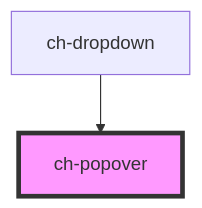
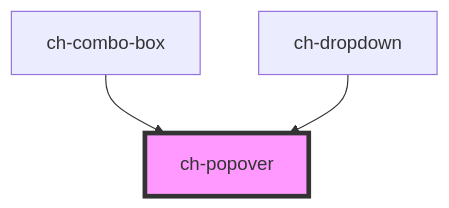
The diagram in src/components/popover/readme.md (genexuslabs/chameleon-controls-library), drawn with Mermaid before and after one commit. The commit also changed other lines of this file and 6 other files, not shown here.

````diff
--- a/src/components/popover/readme.md
+++ b/src/components/popover/readme.md
@@ -64,5 +65,6 @@
 ```mermaid
 graph TD;
+  ch-combo-box --> ch-popover
   ch-dropdown --> ch-popover
   style ch-popover fill:#f9f,stroke:#333,stroke-width:4px
 ```
````
